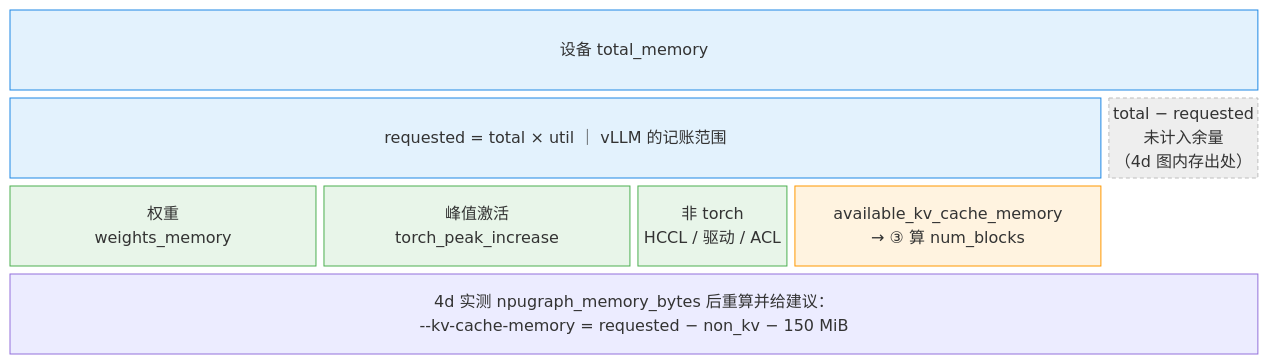
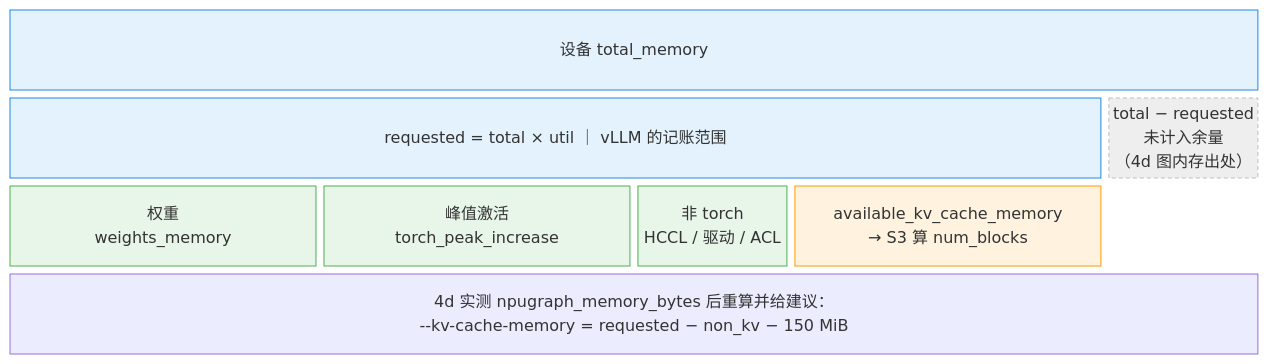
One commit to GoCHug/vllm changed the fourth of 4 diagrams in vllm/v1/core/kvcache_study/kvcache_docs/npu_hybrid/1_start_init.md. Above: the diagram before and after it, drawn with Mermaid. The commit also changed other lines of this file and 2 other files, not shown here.

````diff
--- a/vllm/v1/core/kvcache_study/kvcache_docs/npu_hybrid/1_start_init.md
+++ b/vllm/v1/core/kvcache_study/kvcache_docs/npu_hybrid/1_start_init.md
@@ -493,21 +499,21 @@
 ```mermaid
 block-beta
   columns 8
   T["设备 total_memory"]:8
   R["requested = total × util ｜ vLLM 的记账范围"]:7
   G["total − requested<br/>未计入余量<br/>（4d 图内存出处）"]:1
   W["权重<br/>weights_memory"]:2
   P["峰值激活<br/>torch_peak_increase"]:2
   NT["非 torch<br/>HCCL / 驱动 / ACL"]:1
-  AV["available_kv_cache_memory<br/>→ ③ 算 num_blocks"]:2
+  AV["available_kv_cache_memory<br/>→ S3 算 num_blocks"]:2
   space:1
   S["4d 实测 npugraph_memory_bytes 后重算并给建议：<br/>--kv-cache-memory = requested − non_kv − 150 MiB"]:8
   classDef budget fill:#e3f2fd,stroke:#1e88e5,color:#0d47a1
   classDef used fill:#e8f5e9,stroke:#4caf50,color:#1b5e20
   classDef kv fill:#fff3e0,stroke:#ff9800,color:#e65100
   classDef hole fill:#eeeeee,stroke:#bdbdbd,stroke-dasharray:4 3,color:#757575
   class T,R budget
   class W,P,NT used
   class AV kv
   class G hole
 ```
````
